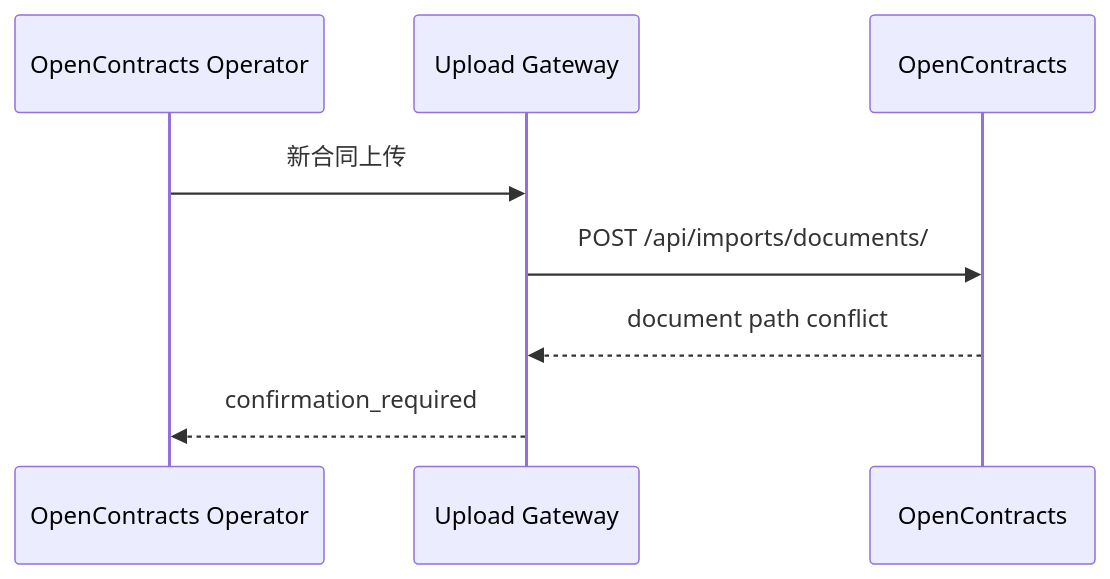
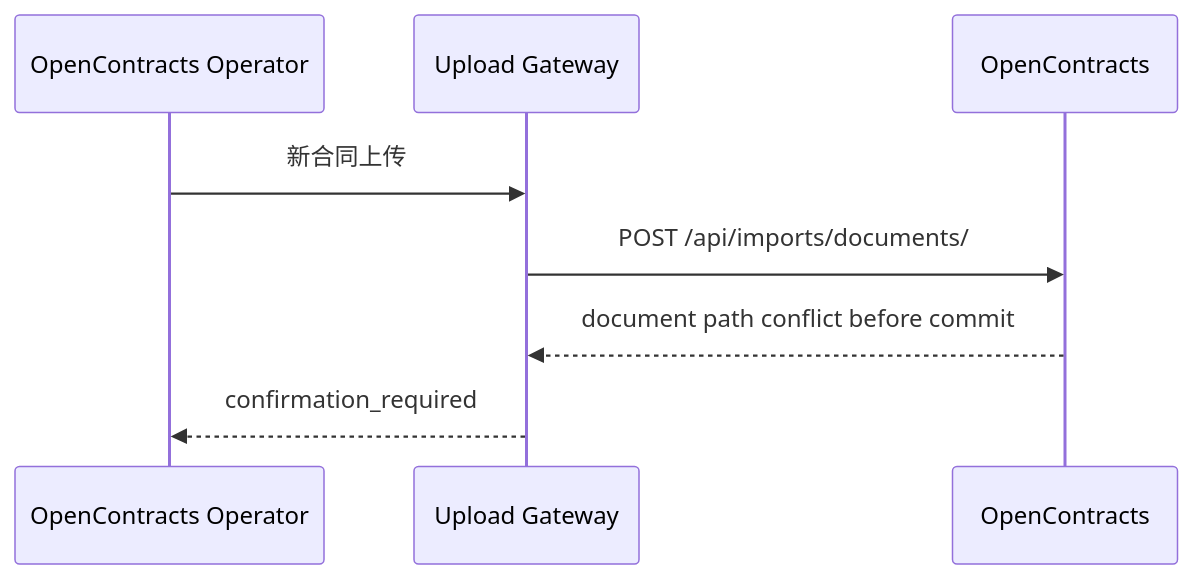
One commit to Ri0n72Y/ContractBotConfig changed the fifth of 5 diagrams in docs/architecture/upload-sequence.md. Above: the diagram before and after it, drawn with Mermaid. The commit also changed other lines of this file, not shown here.

Commit message:
docs: add canonical identity and uncertain commit flow

````diff
--- a/docs/architecture/upload-sequence.md
+++ b/docs/architecture/upload-sequence.md
@@ -91,11 +125,11 @@
 ```mermaid
 sequenceDiagram
     participant O as OpenContracts Operator
     participant G as Upload Gateway
     participant OC as OpenContracts
 
     O->>G: 新合同上传
     G->>OC: POST /api/imports/documents/
-    OC-->>G: document path conflict
+    OC-->>G: document path conflict before commit
     G-->>O: confirmation_required
 ```
````
